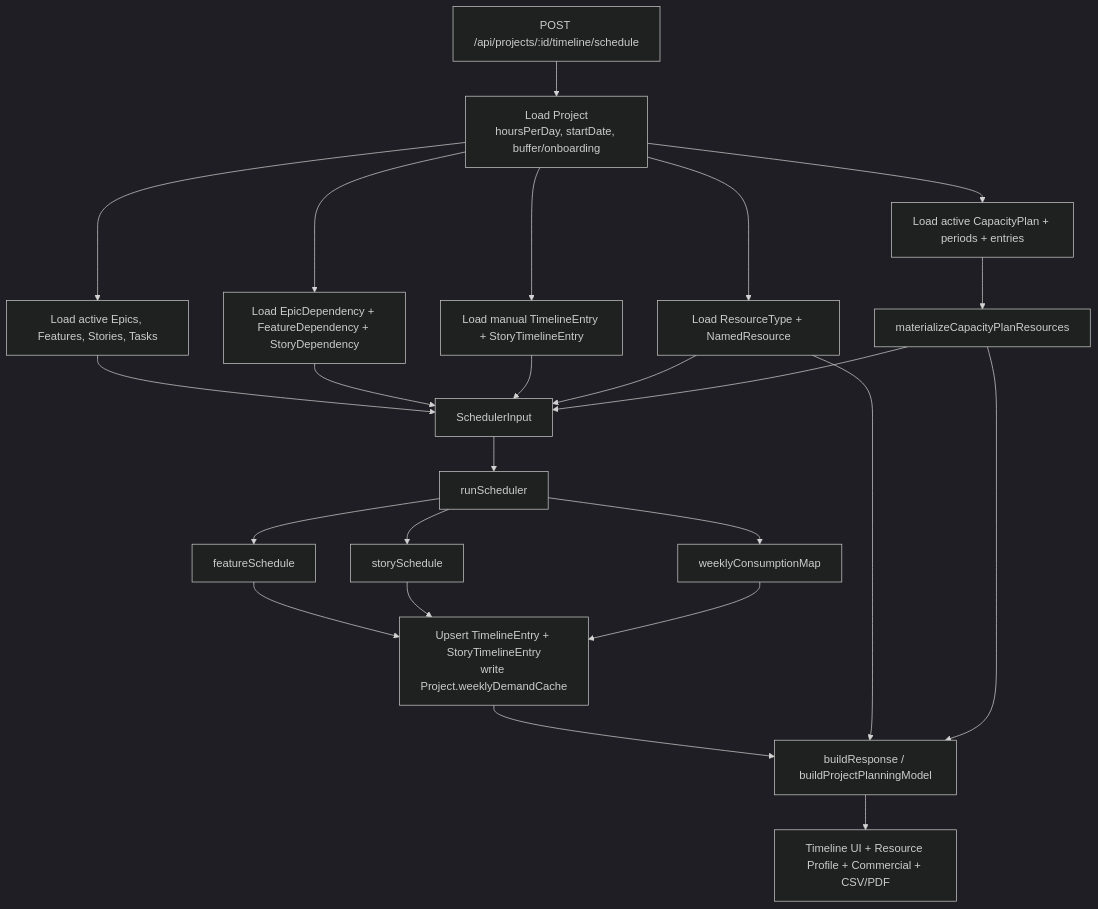
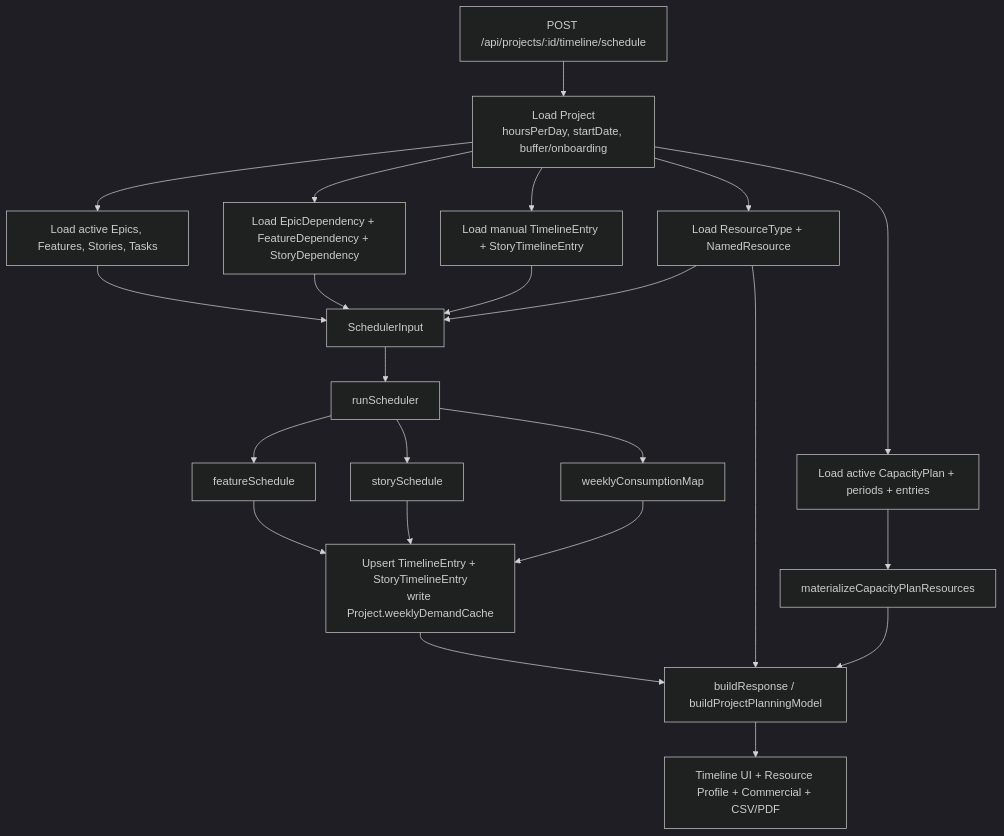
Before and after one commit to NickMonrad/monrad-estimator: the second of 9 diagrams in docs/architecture/scheduling-and-resource-model.md, drawn with Mermaid (dark theme). The commit also changed other lines of this file and 2 other files, not shown here.

First line of the commit message:
docs: link scheduling architecture guide and fix capacity flow

````diff
--- a/docs/architecture/scheduling-and-resource-model.md
+++ b/docs/architecture/scheduling-and-resource-model.md
@@ -291,43 +289,42 @@
 ```mermaid
 flowchart TD
   Request[POST /api/projects/:id/timeline/schedule]
   Project[Load Project<br/>hoursPerDay, startDate, buffer/onboarding]
   Backlog[Load active Epics, Features, Stories, Tasks]
   Deps[Load EpicDependency + FeatureDependency + StoryDependency]
   Manual[Load manual TimelineEntry + StoryTimelineEntry]
   ResourceTypes[Load ResourceType + NamedResource]
   CapacityPlan[Load active CapacityPlan + periods + entries]
   Materialize[materializeCapacityPlanResources]
   SchedulerInput[SchedulerInput]
   Scheduler[runScheduler]
   FeatureSchedule[featureSchedule]
   StorySchedule[storySchedule]
   Consumption[weeklyConsumptionMap]
   Persist[Upsert TimelineEntry + StoryTimelineEntry<br/>write Project.weeklyDemandCache]
   Response[buildResponse / buildProjectPlanningModel]
   Consumers[Timeline UI + Resource Profile + Commercial + CSV/PDF]
 
   Request --> Project
   Project --> Backlog
   Project --> Deps
   Project --> Manual
   Project --> ResourceTypes
   Project --> CapacityPlan
   CapacityPlan --> Materialize
   Backlog --> SchedulerInput
   Deps --> SchedulerInput
   Manual --> SchedulerInput
   ResourceTypes --> SchedulerInput
-  Materialize --> SchedulerInput
   SchedulerInput --> Scheduler
   Scheduler --> FeatureSchedule
   Scheduler --> StorySchedule
   Scheduler --> Consumption
   FeatureSchedule --> Persist
   StorySchedule --> Persist
   Consumption --> Persist
   Persist --> Response
   ResourceTypes --> Response
   Materialize --> Response
   Response --> Consumers
 ```
````
